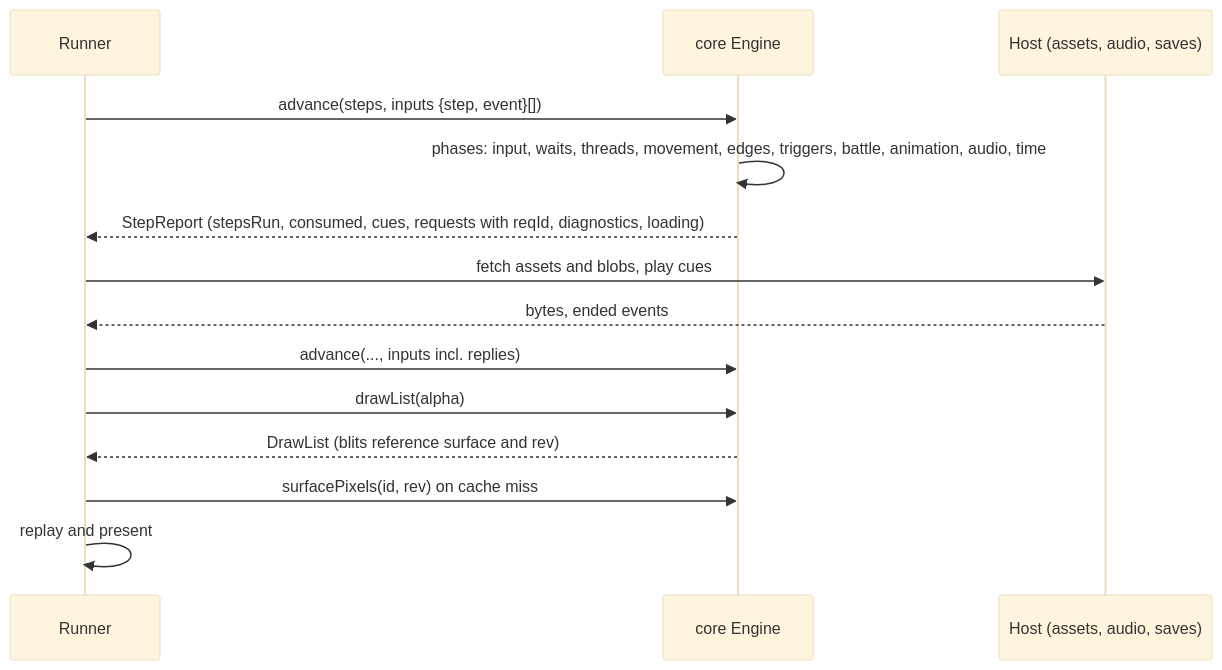
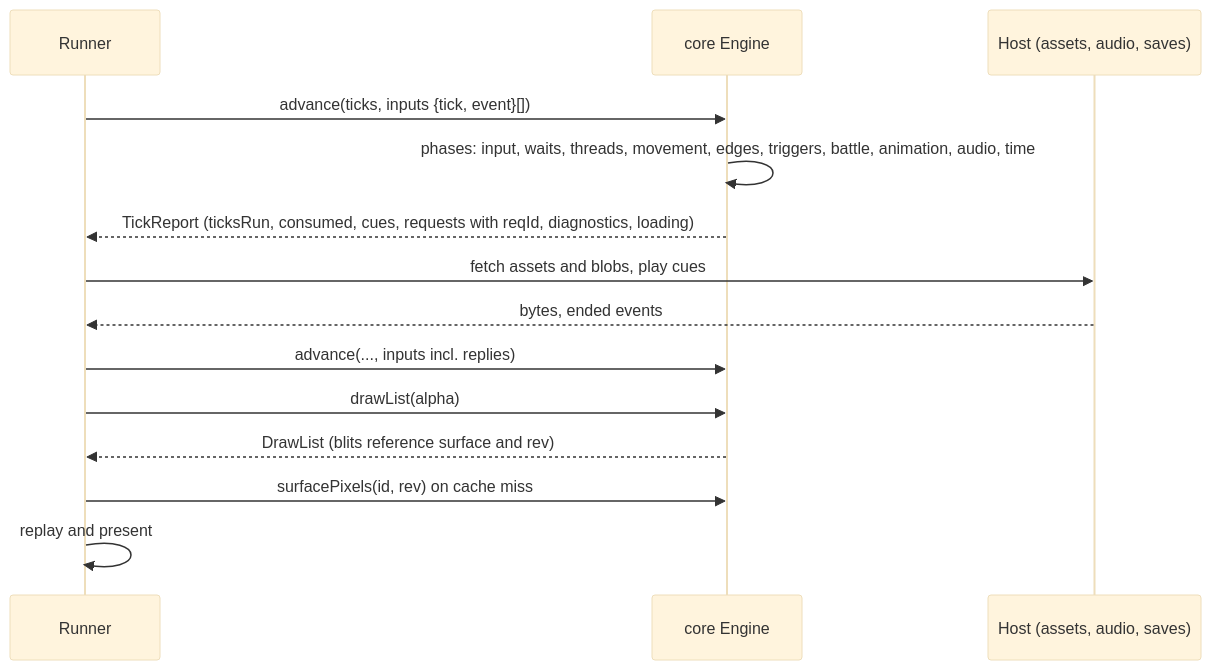
Before and after one commit to aljopro/rpgtoolkit-reawakened: the fourth of 4 diagrams in _bmad-output/initiative-rpgtoolkit-reawakened/architecture-rpgtoolkit-reawakened/c4.md, drawn with Mermaid (base theme). The commit also changed other lines of this file and 8 other files, not shown here.

````diff
--- a/_bmad-output/initiative-rpgtoolkit-reawakened/architecture-rpgtoolkit-reawakened/c4.md
+++ b/_bmad-output/initiative-rpgtoolkit-reawakened/architecture-rpgtoolkit-reawakened/c4.md
@@ -106,16 +106,16 @@
 ```mermaid
 sequenceDiagram
   participant R as Runner
   participant C as core Engine
   participant H as Host (assets, audio, saves)
-  R->>C: advance(steps, inputs {step, event}[])
+  R->>C: advance(ticks, inputs {tick, event}[])
   C->>C: phases: input, waits, threads, movement, edges, triggers, battle, animation, audio, time
-  C-->>R: StepReport (stepsRun, consumed, cues, requests with reqId, diagnostics, loading)
+  C-->>R: TickReport (ticksRun, consumed, cues, requests with reqId, diagnostics, loading)
   R->>H: fetch assets and blobs, play cues
   H-->>R: bytes, ended events
   R->>C: advance(..., inputs incl. replies)
   R->>C: drawList(alpha)
   C-->>R: DrawList (blits reference surface and rev)
   R->>C: surfacePixels(id, rev) on cache miss
   R->>R: replay and present
 ```
````
